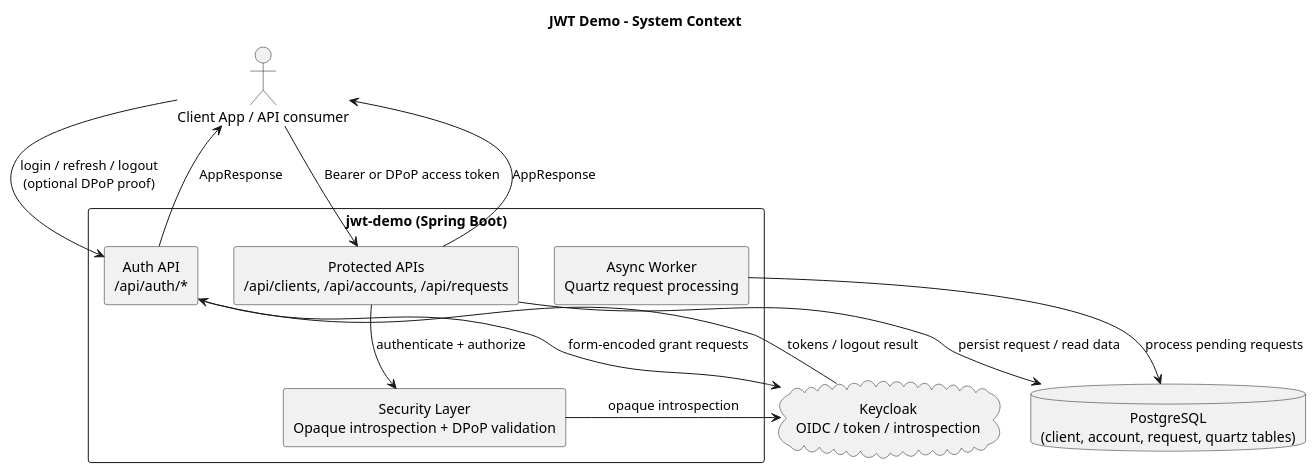
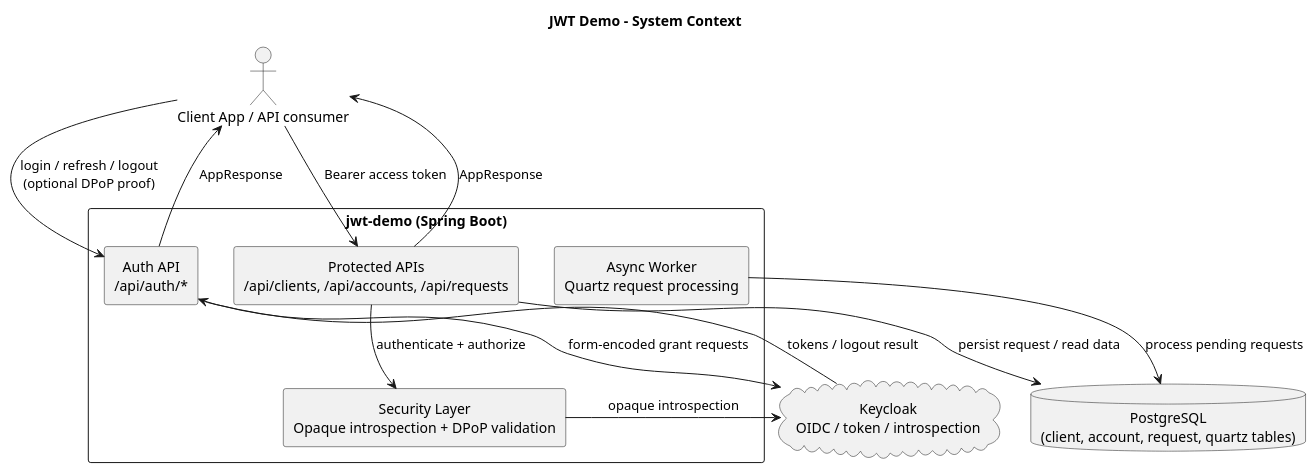
One commit to igorsatsyuk/jwt-demo changed the diagram in docs/diagrams/system-context.puml. Above: the diagram before and after it, drawn with PlantUML. The commit also changed 4 other files, not shown here.

```diff
--- a/docs/diagrams/system-context.puml
+++ b/docs/diagrams/system-context.puml
@@ -1,33 +1,33 @@
 @startuml
 title JWT Demo - System Context
 
 skinparam backgroundColor #FFFFFF
 skinparam packageStyle rectangle
 skinparam shadowing false
 skinparam defaultTextAlignment center
 
 actor "Client App / API consumer" as client
 
 rectangle "jwt-demo (Spring Boot)" as app {
   rectangle "Auth API\n/api/auth/*" as auth
   rectangle "Protected APIs\n/api/clients, /api/accounts, /api/requests" as protected
   rectangle "Security Layer\nOpaque introspection + DPoP validation" as security
   rectangle "Async Worker\nQuartz request processing" as worker
 }
 
 database "PostgreSQL\n(client, account, request, quartz tables)" as db
 cloud "Keycloak\nOIDC / token / introspection" as keycloak
 
 client --> auth : login / refresh / logout\n(optional DPoP proof)
 auth --> keycloak : form-encoded grant requests
 keycloak --> auth : tokens / logout result
 auth --> client : AppResponse
 
-client --> protected : Bearer or DPoP access token
+client --> protected : Bearer access token
 protected --> security : authenticate + authorize
 security --> keycloak : opaque introspection
 protected --> db : persist request / read data
 worker --> db : process pending requests
 protected --> client : AppResponse
 
 @enduml
```
